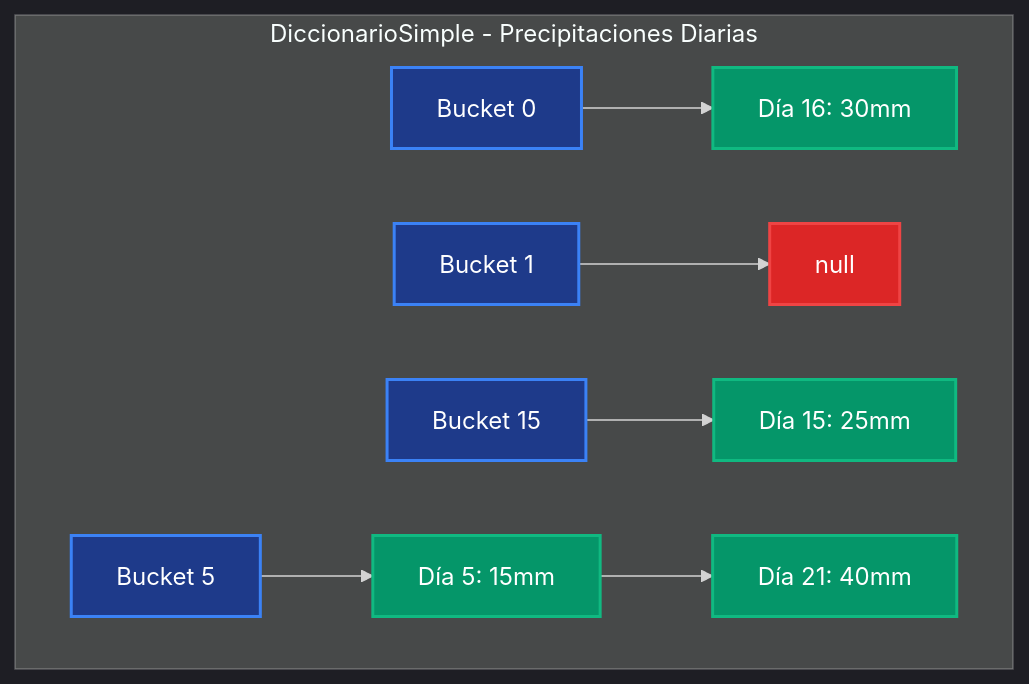
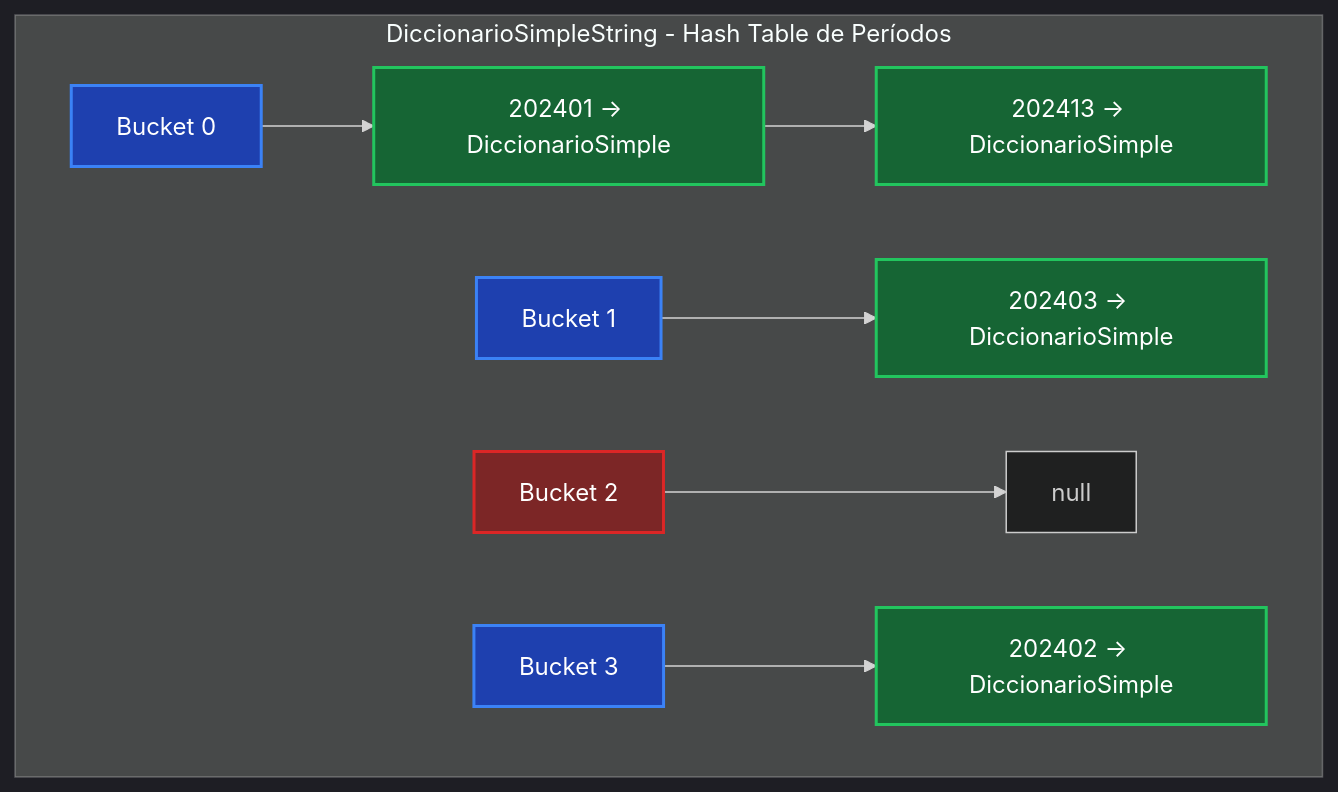
Before and after one commit to pybalt/algo2: the seventh of 16 diagrams in tp-final/README_IMPLEMENTACIONES.md, drawn with Mermaid. The commit also changed other lines of this file and 1 other file, not shown here.

````diff
--- a/tp-final/README_IMPLEMENTACIONES.md
+++ b/tp-final/README_IMPLEMENTACIONES.md
@@ -206,21 +269,20 @@
 ```mermaid
 %%{init: {'theme':'dark'}}%%
 graph TB
-    subgraph "DiccionarioSimple - Precipitaciones Diarias"
-        A["Bucket 0"] --> B["Día 16: 30mm"]
-        C["Bucket 1"] --> D["null"]
-        E["Bucket 15"] --> F["Día 15: 25mm"]
-        G["Bucket 5"] --> H["Día 5: 15mm"]
-        H --> H2["Día 21: 40mm"]
+    subgraph "DiccionarioSimpleString - Hash Table de Períodos"
+        A["Bucket 0"] --> B["202401 → DiccionarioSimple"]
+        B --> B2["202413 → DiccionarioSimple"]
+        C["Bucket 1"] --> D["202403 → DiccionarioSimple"]
+        E["Bucket 2"] --> F["null"]
+        G["Bucket 3"] --> H["202402 → DiccionarioSimple"]
     end
     
-    style A fill:#1e3a8a,stroke:#3b82f6,stroke-width:2px,color:#fff
-    style C fill:#1e3a8a,stroke:#3b82f6,stroke-width:2px,color:#fff
-    style E fill:#1e3a8a,stroke:#3b82f6,stroke-width:2px,color:#fff
-    style G fill:#1e3a8a,stroke:#3b82f6,stroke-width:2px,color:#fff
-    style B fill:#059669,stroke:#10b981,stroke-width:2px,color:#fff
-    style D fill:#dc2626,stroke:#ef4444,stroke-width:2px,color:#fff
-    style F fill:#059669,stroke:#10b981,stroke-width:2px,color:#fff
-    style H fill:#059669,stroke:#10b981,stroke-width:2px,color:#fff
-    style H2 fill:#059669,stroke:#10b981,stroke-width:2px,color:#fff
+    style A fill:#1e40af,stroke:#3b82f6,stroke-width:2px,color:#ffffff
+    style C fill:#1e40af,stroke:#3b82f6,stroke-width:2px,color:#ffffff
+    style E fill:#7c2626,stroke:#dc2626,stroke-width:2px,color:#ffffff
+    style G fill:#1e40af,stroke:#3b82f6,stroke-width:2px,color:#ffffff
+    style B fill:#166534,stroke:#22c55e,stroke-width:2px,color:#ffffff
+    style B2 fill:#166534,stroke:#22c55e,stroke-width:2px,color:#ffffff
+    style D fill:#166534,stroke:#22c55e,stroke-width:2px,color:#ffffff
+    style H fill:#166534,stroke:#22c55e,stroke-width:2px,color:#ffffff
 ```
````
